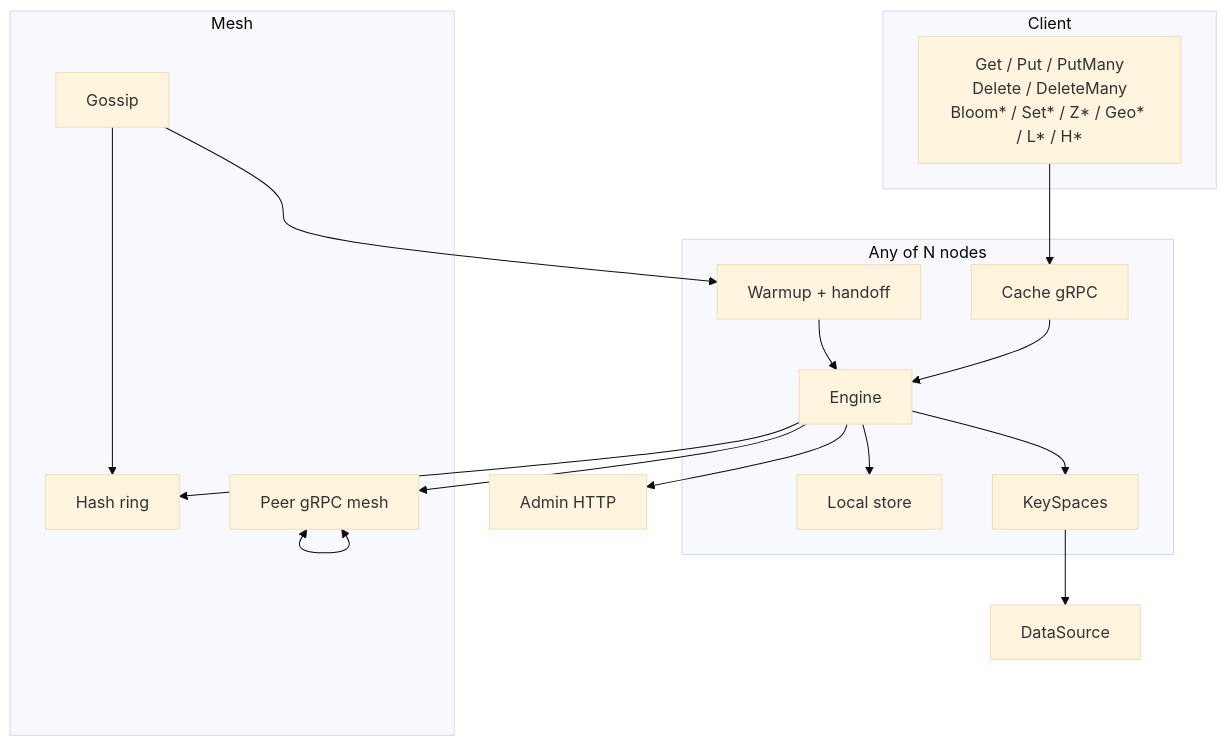
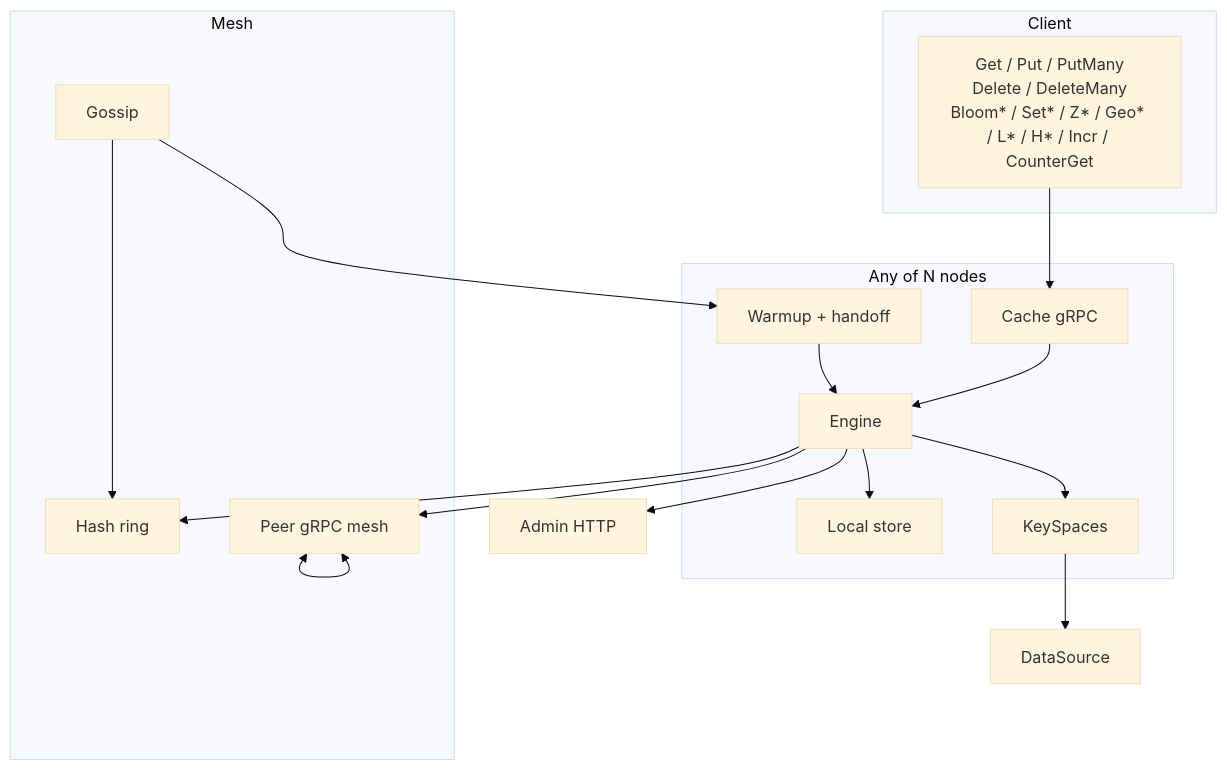
Before and after one commit to Code0987/supercache: diagram 16 of 18 in docs/CLUSTER_FLOWS.md, drawn with Mermaid (base theme). The commit also changed other lines of this file and 49 other files, not shown here.

First line of the commit message:
Add ModeCounter int64 Incr and a fixed-window rate-limiter example.

````diff
--- a/docs/CLUSTER_FLOWS.md
+++ b/docs/CLUSTER_FLOWS.md
@@ -345,34 +346,34 @@
 ```mermaid
 flowchart TB
   subgraph Client
-    OPS["Get / Put / PutMany<br/>Delete / DeleteMany<br/>Bloom* / Set* / Z* / Geo* / L* / H*"]
+    OPS["Get / Put / PutMany<br/>Delete / DeleteMany<br/>Bloom* / Set* / Z* / Geo* / L* / H* / Incr / CounterGet"]
   end
 
   subgraph Node["Any of N nodes"]
     CG["Cache gRPC"]
     EN["Engine"]
     ST["Local store"]
     KS["KeySpaces"]
     WM["Warmup + handoff"]
   end
 
   subgraph Mesh
     RING["Hash ring"]
     PG["Peer gRPC mesh"]
     GOS["Gossip"]
   end
 
   DS["DataSource"]
   ADM["Admin HTTP"]
 
   OPS --> CG --> EN
   EN --> ST
   EN --> KS
   EN --> RING
   EN --> PG
   KS --> DS
   GOS --> RING
   GOS --> WM --> EN
   EN --> ADM
   PG <--> PG
 ```
````
